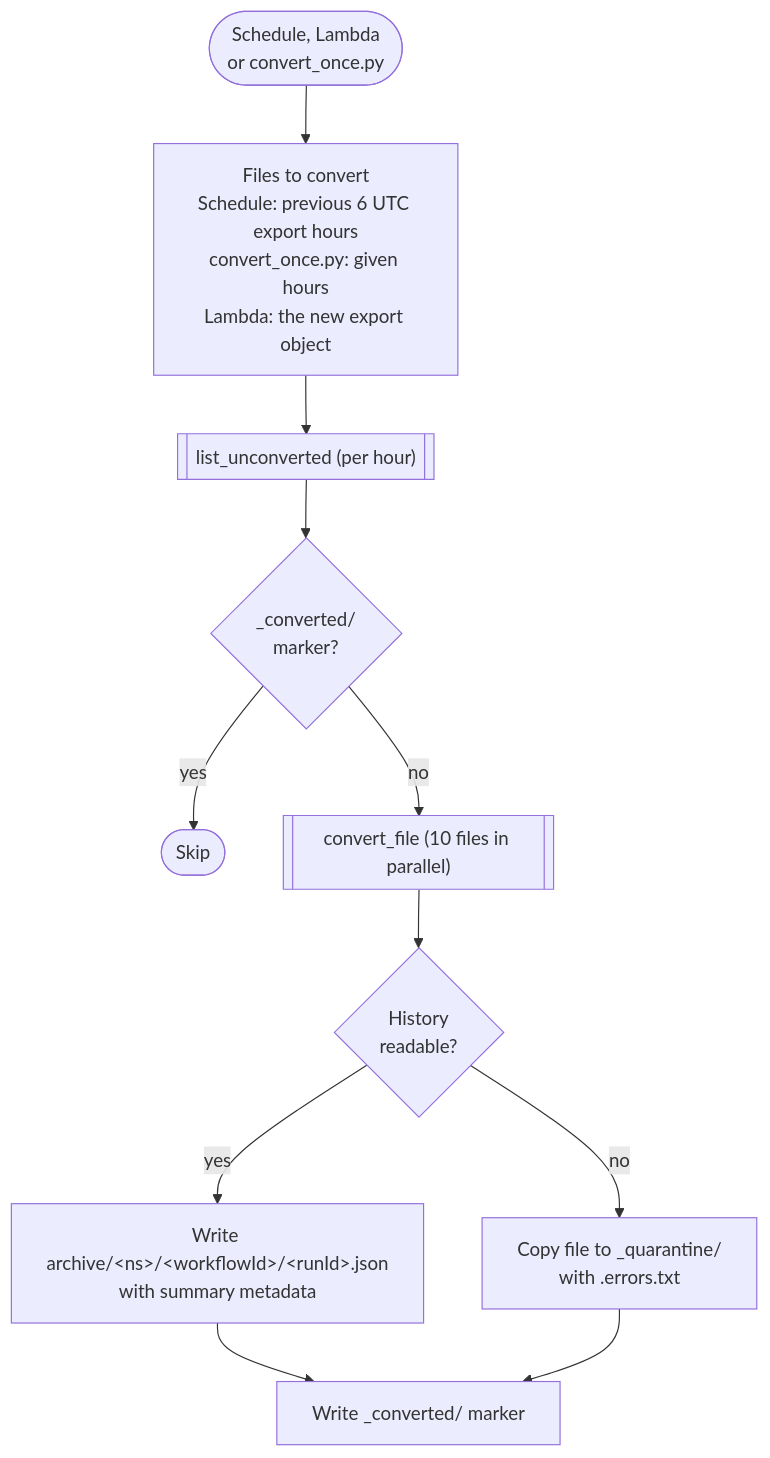
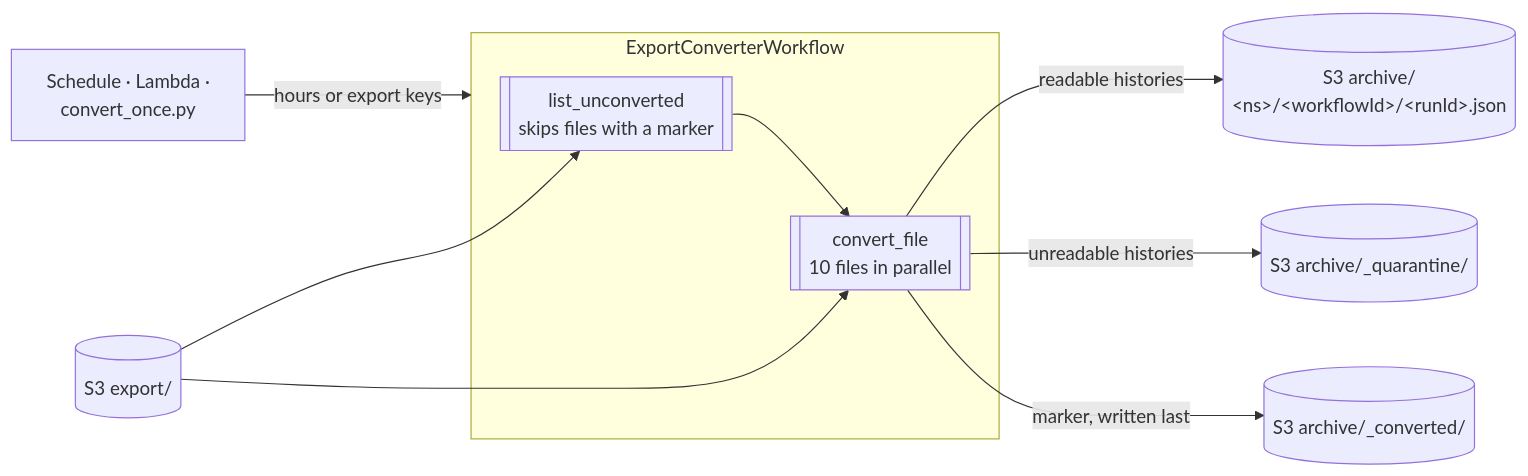
The second of 5 diagrams in s3-archive/README.md (technoidentity-kuncha/temporal-cloud-elk-kit), drawn with Mermaid before and after one commit. The commit also changed other lines of this file, not shown here.

Commit message:
Restructure s3-archive README: trigger options section, enterprise set-up steps

````diff
--- a/s3-archive/README.md
+++ b/s3-archive/README.md
@@ -64,13 +90,11 @@
 ```mermaid
-flowchart TD
-  Start(["Schedule, Lambda<br/>or convert_once.py"]) --> H["Files to convert<br/>Schedule: previous 6 UTC export hours<br/>convert_once.py: given hours<br/>Lambda: the new export object"]
-  H --> L[["list_unconverted (per hour)"]]
-  L --> D1{"_converted/<br/>marker?"}
-  D1 -- yes --> Skip([Skip])
-  D1 -- no --> C[["convert_file (10 files in parallel)"]]
-  C --> D2{"History<br/>readable?"}
-  D2 -- yes --> Put["Write archive/&lt;ns&gt;/&lt;workflowId&gt;/&lt;runId&gt;.json<br/>with summary metadata"]
-  D2 -- no --> Q["Copy file to _quarantine/<br/>with .errors.txt"]
-  Put --> M["Write _converted/ marker"]
-  Q --> M
+flowchart LR
+  T["Schedule · Lambda ·<br/>convert_once.py"] -- "hours or export keys" --> WF
+  subgraph WF[ExportConverterWorkflow]
+    LU[["list_unconverted<br/>skips files with a marker"]] --> CF[["convert_file<br/>10 files in parallel"]]
+  end
+  EXP[("S3 export/")] --> LU & CF
+  CF -- "readable histories" --> ARC[("S3 archive/<br/>&lt;ns&gt;/&lt;workflowId&gt;/&lt;runId&gt;.json")]
+  CF -- "unreadable histories" --> Q[("S3 archive/_quarantine/")]
+  CF -- "marker, written last" --> M[("S3 archive/_converted/")]
 ```
````
